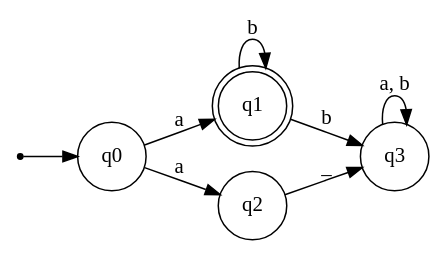
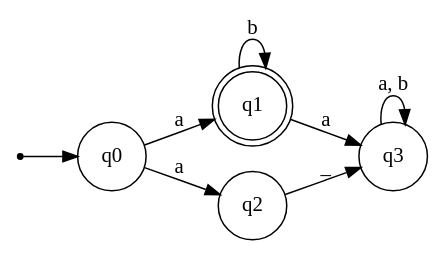
One commit to rogdli/finite-automata-graph-parser changed the diagram in inputA.dot. Above: the diagram before and after it, drawn with Graphviz. The commit also changed 7 other files, not shown here.

```diff
--- a/inputA.dot
+++ b/inputA.dot
@@ -1,15 +1,15 @@
 digraph {
     rankdir=LR;
     inic [shape=point];
     inic -> q0;
     q0 -> q1 [label="a"];
     q0 -> q2 [label="a"];
     q1 -> q1 [label="b"];
-    q1 -> q3 [label="b"];
+    q1 -> q3 [label="a"];
     q2 -> q3 [label="_"];
     q3 -> q3 [label="a, b"];
     q1 [shape=doublecircle];
     q0 [shape=circle];
     q2 [shape=circle];
     q3 [shape=circle];
 }
```
